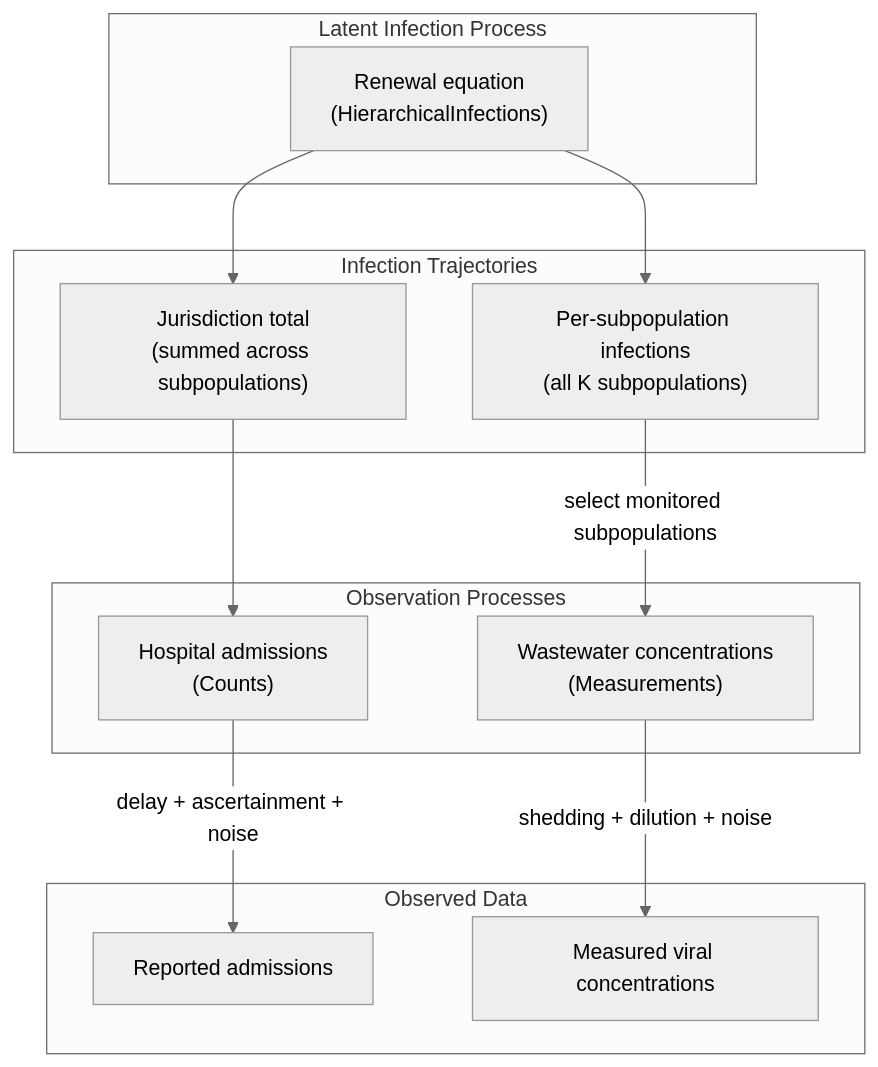
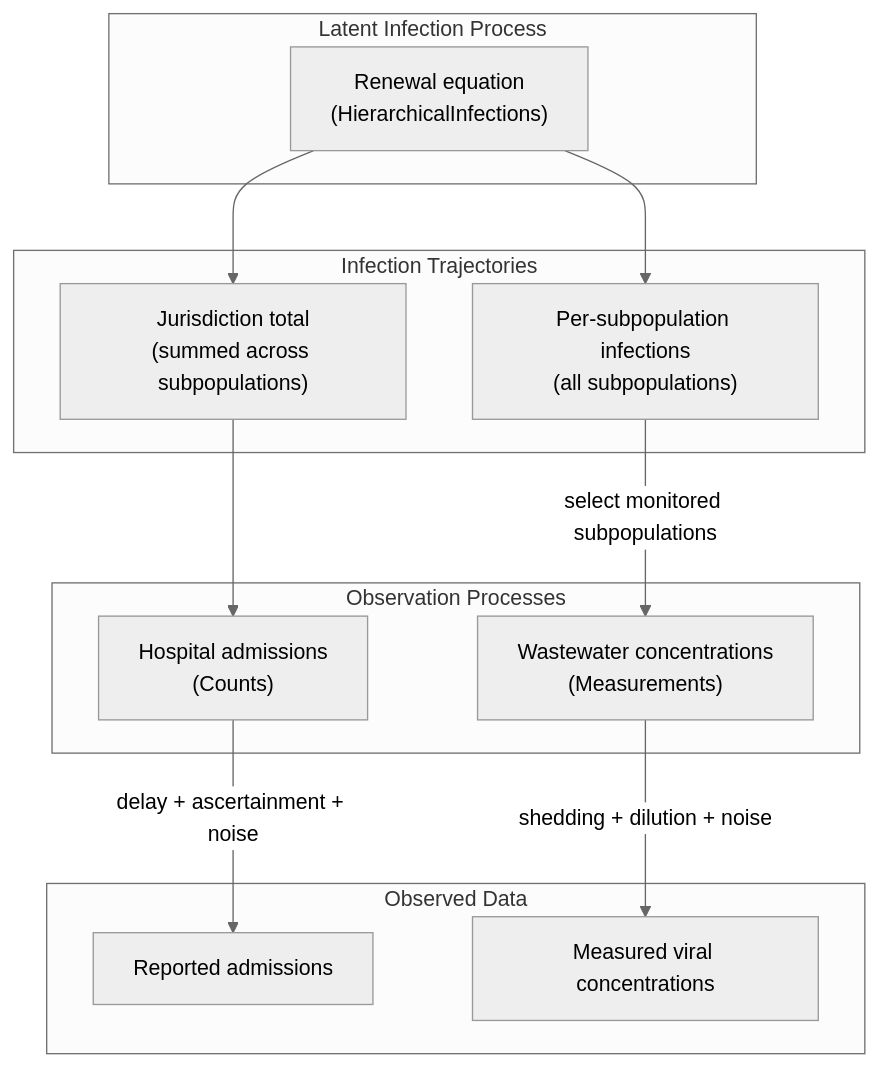
The diagram in docs/tutorials/building_multisignal_models.qmd (CDCgov/PyRenew), drawn with Mermaid (neutral theme) before and after one commit. The commit also changed other lines of this file and 9 other files, not shown here.

````diff
--- a/docs/tutorials/building_multisignal_models.qmd
+++ b/docs/tutorials/building_multisignal_models.qmd
@@ -131,29 +130,29 @@
 ```mermaid
 flowchart TB
 
     subgraph Latent["Latent Infection Process"]
         L["Renewal equation<br/>(HierarchicalInfections)"]
     end
 
     subgraph Infections["Infection Trajectories"]
         J["Jurisdiction total<br/>(summed across subpopulations)"]
-        S["Per-subpopulation infections<br/>(all K subpopulations)"]
+        S["Per-subpopulation infections<br/>(all subpopulations)"]
     end
 
     subgraph Obs["Observation Processes"]
         C["Hospital admissions<br/>(Counts)"]
         W["Wastewater concentrations<br/>(Measurements)"]
     end
 
     subgraph Data["Observed Data"]
         HA["Reported admissions"]
         WW["Measured viral concentrations"]
     end
 
     L --> J
     L --> S
     J --> C
     S -->|"select monitored subpopulations"| W
     C -->|"delay + ascertainment + noise"| HA
     W -->|"shedding + dilution + noise"| WW
 ```
````
